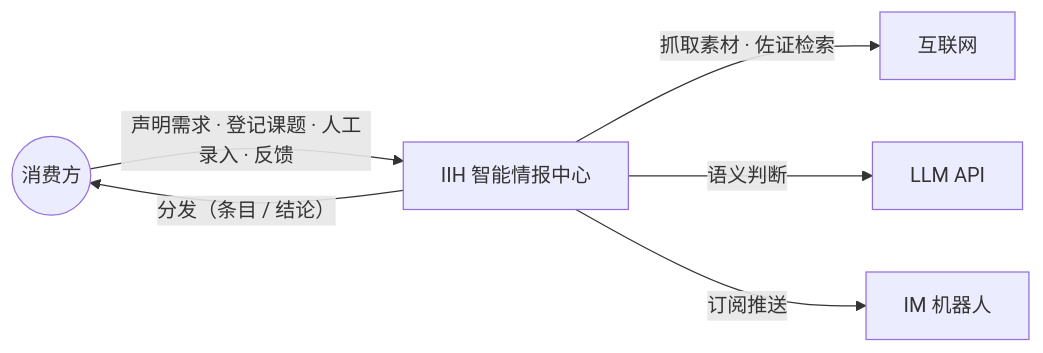
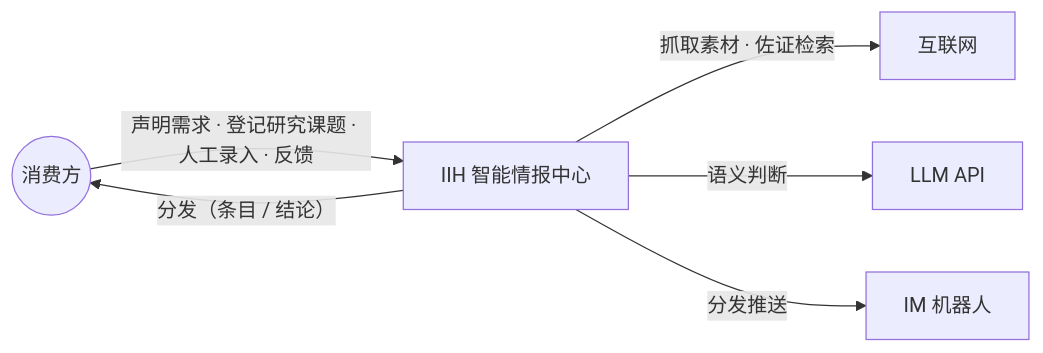
One commit to leoricmaster/iih changed the first of 3 diagrams in backlog/docs/doc-05 - 技术架构-Technical-Architecture.md. Above: the diagram before and after it, drawn with Mermaid. The commit also changed other lines of this file and 6 other files, not shown here.

````diff
--- a/backlog/docs/doc-05 - 技术架构-Technical-Architecture.md
+++ b/backlog/docs/doc-05 - 技术架构-Technical-Architecture.md
@@ -27,14 +27,14 @@
 ```mermaid
 flowchart LR
     U((消费方))
     IIH[IIH 智能情报中心]
     WEB[互联网]
     LLM[LLM API]
     PUSH[IM 机器人]
 
-    U -->|声明需求 · 登记课题 · 人工录入 · 反馈| IIH
+    U -->|声明需求 · 登记研究课题 · 人工录入 · 反馈| IIH
     IIH -->|分发（条目 / 结论）| U
     IIH -->|抓取素材 · 佐证检索| WEB
     IIH -->|语义判断| LLM
-    IIH -->|订阅推送| PUSH
+    IIH -->|分发推送| PUSH
 ```
````
